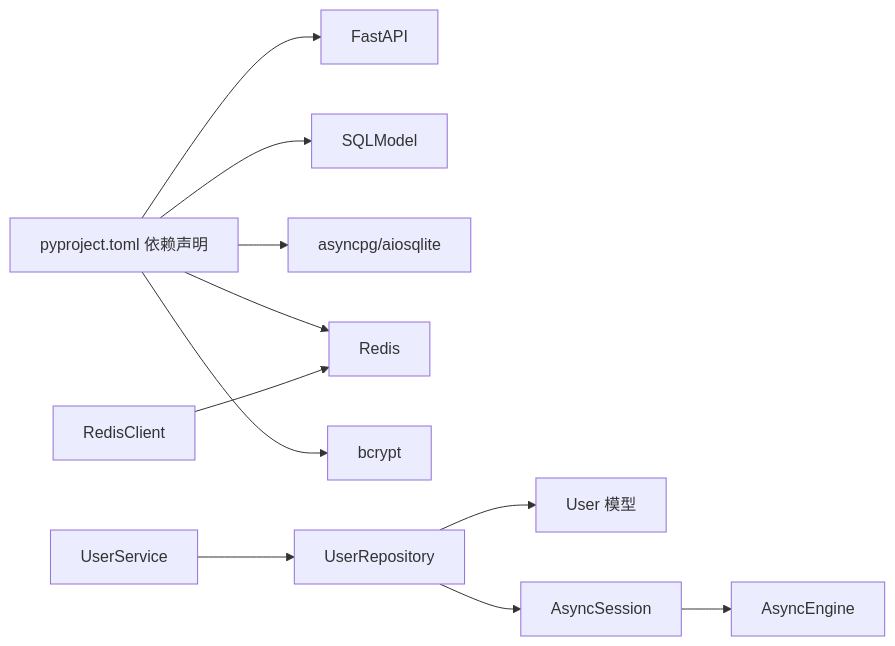
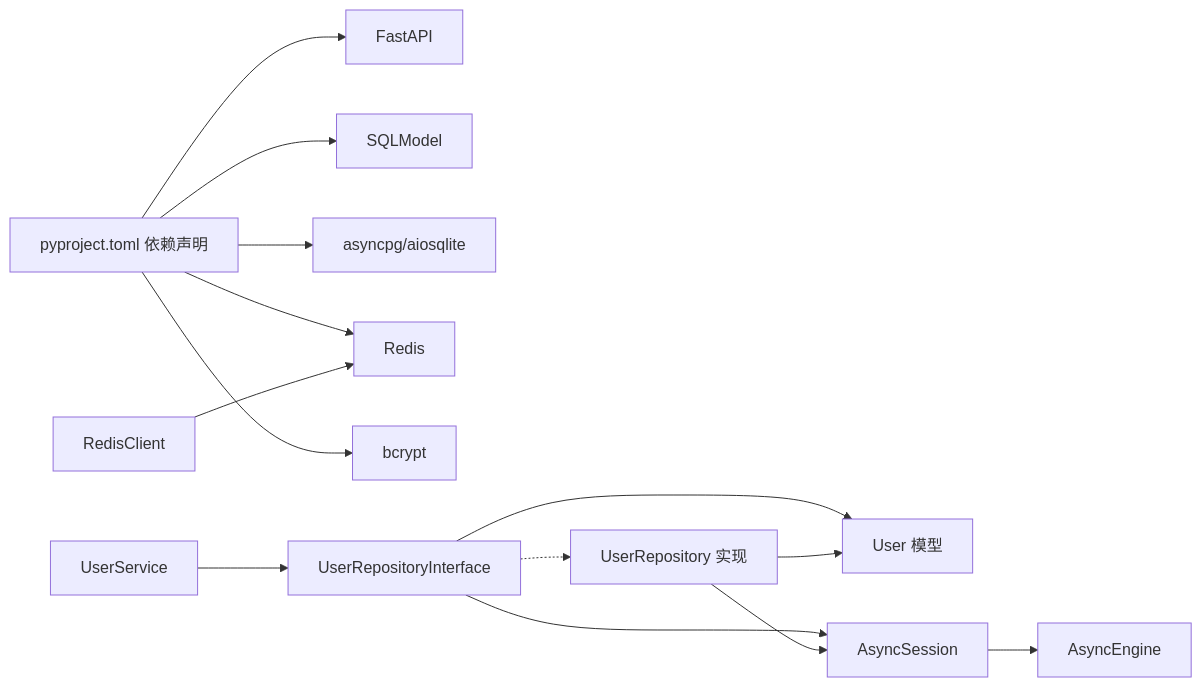
Before and after one commit to taoweidong/Hello-FastApi: the fifth of 5 diagrams in .qoder/repowiki/zh/content/用户管理系统/用户仓储层.md, drawn with Mermaid. The commit also changed other lines of this file and 18 other files, not shown here.

````diff
--- a/.qoder/repowiki/zh/content/用户管理系统/用户仓储层.md
+++ b/.qoder/repowiki/zh/content/用户管理系统/用户仓储层.md
@@ -275,13 +312,16 @@
 ```mermaid
 graph LR
 PY["pyproject.toml 依赖声明"] --> FA["FastAPI"]
 PY --> SM["SQLModel"]
 PY --> AP["asyncpg/aiosqlite"]
 PY --> RS["Redis"]
 PY --> BC["bcrypt"]
-USVC["UserService"] --> UREP["UserRepository"]
+USVC["UserService"] --> UREP["UserRepositoryInterface"]
 UREP --> SMOD["User 模型"]
 UREP --> AS["AsyncSession"]
 AS --> ENG["AsyncEngine"]
 RSCL["RedisClient"] --> RS
+UREP -.-> UREPI["UserRepository 实现"]
+UREPI --> SMOD
+UREPI --> AS
 ```
````
